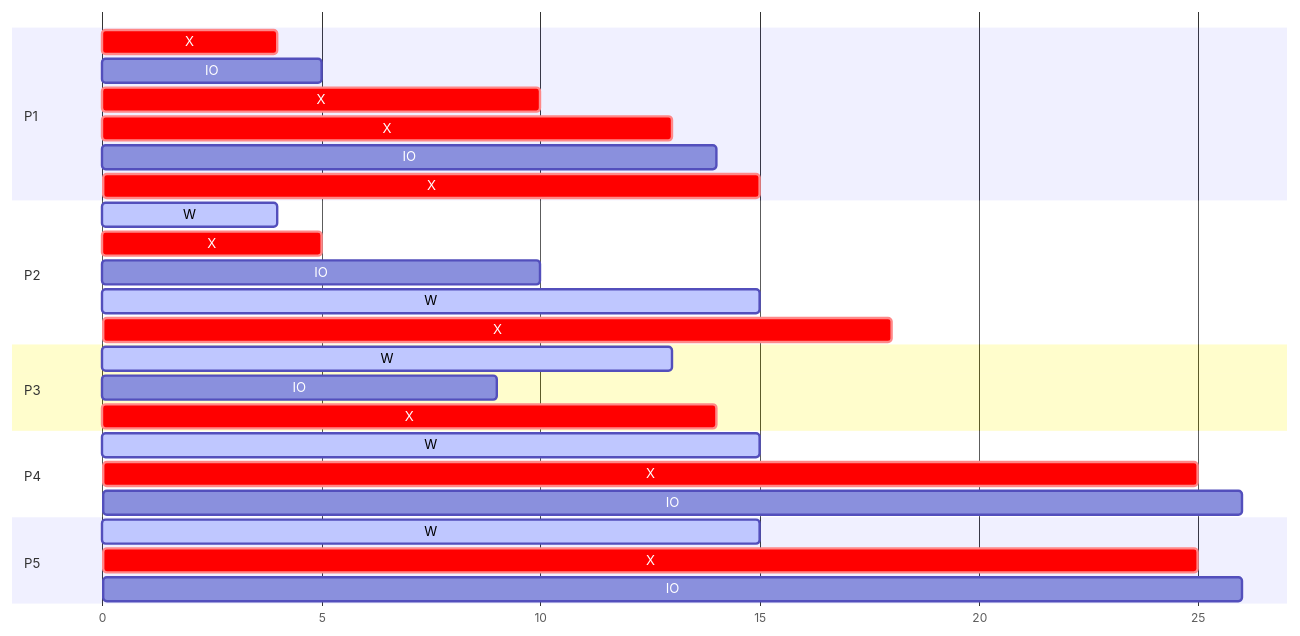
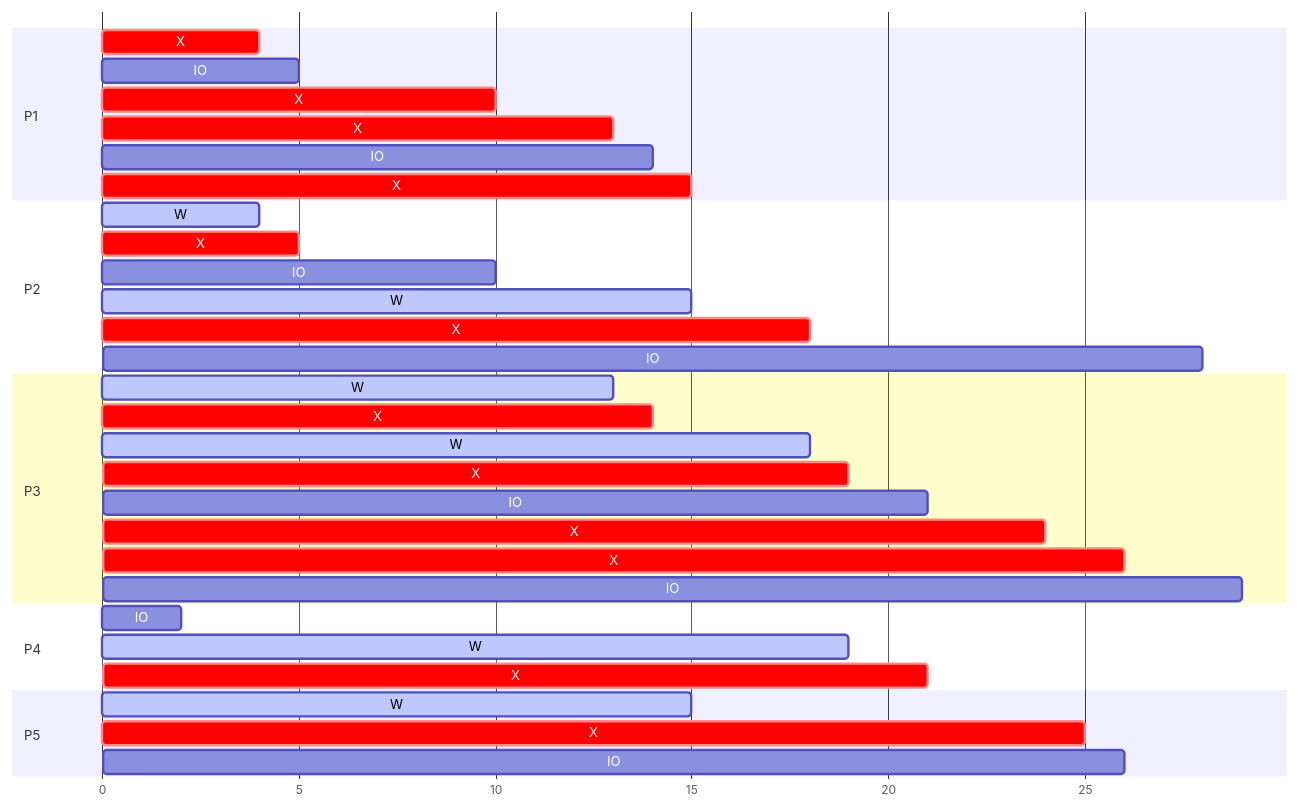
The second of 2 diagrams in CS/OS/data/25_scheduling.md (angelromarco04/MyNotes), drawn with Mermaid before and after one commit.

Commit message:
vault backup: 2024-03-27 18:41:32

````diff
--- a/CS/OS/data/25_scheduling.md
+++ b/CS/OS/data/25_scheduling.md
@@ -138,36 +138,43 @@
 ```mermaid
 ---
 displayMode: compact
 ---
 gantt
     dateFormat X
     axisFormat %s
     
     section P1
         X       : crit, a, 0, 4
         IO      : a, 4, 5
 		X       : crit, a, 5, 10
 		X       : crit, a, 10, 13
 		IO      : a, 13, 14
 		X       : crit, a, 14, 15
     section P2
 	    W       : active, b, 2, 4
 	    X       : crit, b, 4, 5
 	    IO      : b, 5, 10
 	    W       : active, b, 10, 15
 	    X       : crit, b, 15, 18
+	    IO      : b, 18, 28
 	section P3
 		W       : active, c, 4, 13
 		X       : crit, c, 13, 14
-	    IO      : c, 7, 9
+		W       : active, c, 14, 18
+	    X       : crit, c, 18, 19
+	    IO      : c, 19, 21
+	    X       : crit, c, 21, 24
+	    X       : crit, c, 24, 26
+	    IO      : c, 26, 29
+
 	section P4
-		W       : active, d, 6, 15
-		X       : crit, d, 15, 25
-		IO      : d, 25, 26
+		W       : active, d, 6, 19
+		X       : crit, d, 19, 21
+		IO      : d, 1, 2
 
 	section P5
 		W       : active, e, 6, 15
 		X       : crit, e, 15, 25
 		IO      : e, 25, 26
 
 ```
````
